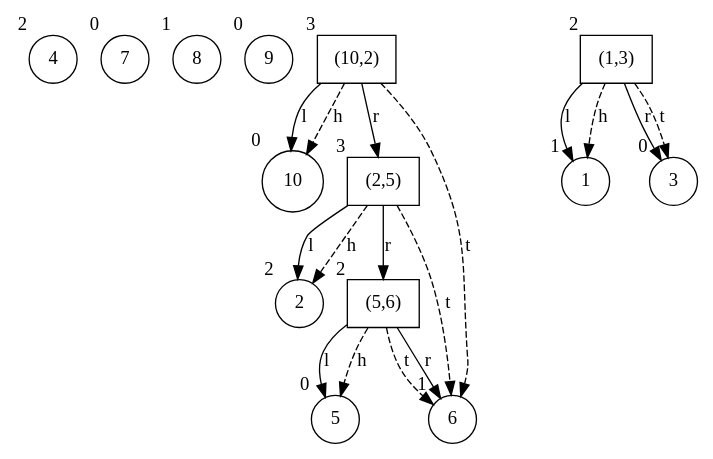
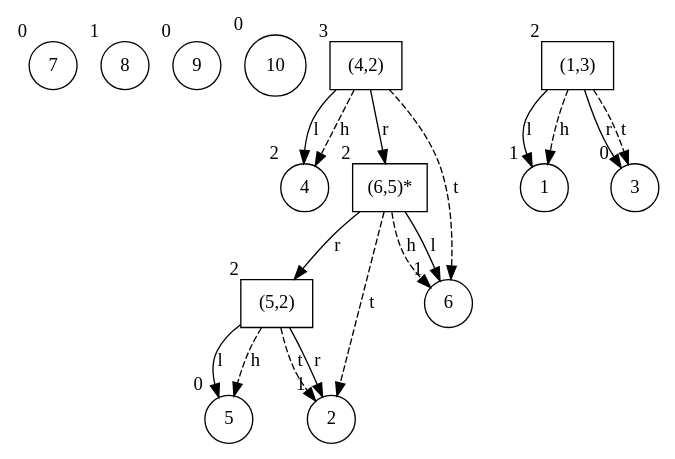
The diagram in internal_graph.dot (Musab1Blaser/DynamicTrees_NF), drawn with Graphviz before and after one commit. The commit also changed 47 other files, not shown here.

```diff
--- a/internal_graph.dot
+++ b/internal_graph.dot
@@ -1,32 +1,32 @@
 digraph G {
-4 [shape=circle,xlabel=2];
 7 [shape=circle,xlabel=0];
 8 [shape=circle,xlabel=1];
 9 [shape=circle,xlabel=0];
-"(10,2)" [shape=box,xlabel=3];
 10 [shape=circle,xlabel=0];
-"(10,2)" -> 10 [label=l];
-"(10,2)" -> "(2,5)" [label=r];
-"(10,2)" -> 10 [style=dashed, label = h];
-"(10,2)" -> 6 [style=dashed, label = t];
-"(2,5)" [shape=box,xlabel=3];
-2 [shape=circle,xlabel=2];
-"(2,5)" -> 2 [label=l];
-"(2,5)" -> "(5,6)" [label=r];
-"(2,5)" -> 2 [style=dashed, label = h];
-"(2,5)" -> 6 [style=dashed, label = t];
-"(5,6)" [shape=box,xlabel=2];
+"(4,2)" [shape=box,xlabel=3];
+4 [shape=circle,xlabel=2];
+"(4,2)" -> 4 [label=l];
+"(4,2)" -> "(6,5)*" [label=r];
+"(4,2)" -> 4 [style=dashed, label = h];
+"(4,2)" -> 6 [style=dashed, label = t];
+"(6,5)*" [shape=box,xlabel=2];
+6 [shape=circle,xlabel=1];
+"(6,5)*" -> 6 [label=l];
+"(6,5)*" -> "(5,2)" [label=r];
+"(6,5)*" -> 6 [style=dashed, label = h];
+"(6,5)*" -> 2 [style=dashed, label = t];
+"(5,2)" [shape=box,xlabel=2];
 5 [shape=circle,xlabel=0];
-"(5,6)" -> 5 [label=l];
-6 [shape=circle,xlabel=1];
-"(5,6)" -> 6 [label=r];
-"(5,6)" -> 5 [style=dashed, label = h];
-"(5,6)" -> 6 [style=dashed, label = t];
+"(5,2)" -> 5 [label=l];
+2 [shape=circle,xlabel=1];
+"(5,2)" -> 2 [label=r];
+"(5,2)" -> 5 [style=dashed, label = h];
+"(5,2)" -> 2 [style=dashed, label = t];
 "(1,3)" [shape=box,xlabel=2];
 1 [shape=circle,xlabel=1];
 "(1,3)" -> 1 [label=l];
 3 [shape=circle,xlabel=0];
 "(1,3)" -> 3 [label=r];
 "(1,3)" -> 1 [style=dashed, label = h];
 "(1,3)" -> 3 [style=dashed, label = t];
 }
```
